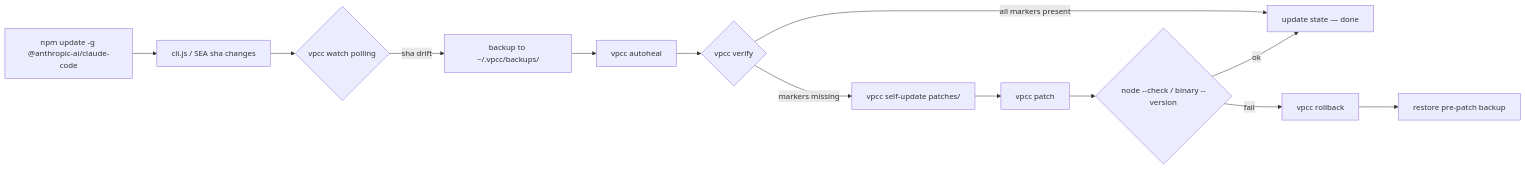
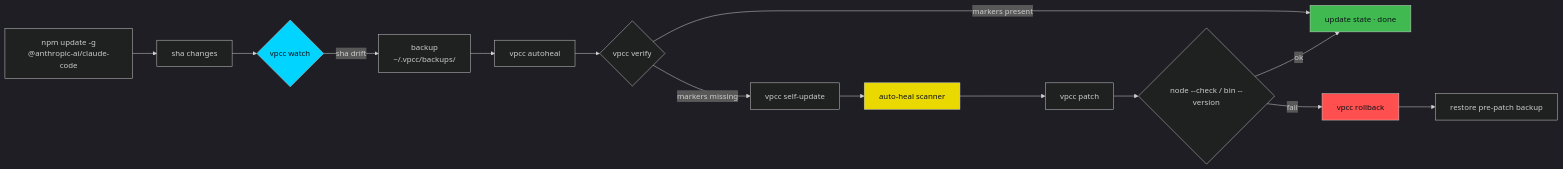
Before and after one commit to VoidChecksum/void-patcher-cc: the third of 3 diagrams in README.md, drawn with Mermaid. The commit also changed other lines of this file and 1 other file, not shown here.

````diff
--- a/README.md
+++ b/README.md
@@ -431,15 +491,21 @@
 ```mermaid
+%%{init:{'theme':'dark','themeVariables':{'primaryColor':'#00D4FF','fontFamily':'JetBrains Mono'}}}%%
 flowchart LR
-    A[npm update -g @anthropic-ai/claude-code] --> B[cli.js / SEA sha changes]
-    B --> C{vpcc watch polling}
-    C -->|sha drift| D[backup to ~/.vpcc/backups/]
-    D --> E[vpcc autoheal]
-    E --> F{vpcc verify}
-    F -->|all markers present| G[update state — done]
-    F -->|markers missing| H[vpcc self-update patches/]
-    H --> I[vpcc patch]
-    I --> J{node --check / binary --version}
-    J -->|ok| G
-    J -->|fail| K[vpcc rollback]
-    K --> L[restore pre-patch backup]
+    U[npm update -g<br/>@anthropic-ai/claude-code] --> S[sha changes]
+    S --> W{vpcc watch}
+    W -->|sha drift| BK[backup<br/>~/.vpcc/backups/]
+    BK --> AH[vpcc autoheal]
+    AH --> V1{vpcc verify}
+    V1 -->|markers present| OK[update state · done]
+    V1 -->|markers missing| SU[vpcc self-update]
+    SU --> AS[auto-heal scanner]
+    AS --> PT[vpcc patch]
+    PT --> V2{node --check / bin --version}
+    V2 -->|ok| OK
+    V2 -->|fail| RB[vpcc rollback]
+    RB --> LB[restore pre-patch backup]
+    style W fill:#00D4FF,color:#0D1117
+    style AS fill:#E9D900,color:#0D1117
+    style OK fill:#3FB950,color:#0D1117
+    style RB fill:#FF4F4F,color:#0D1117
 ```
````
